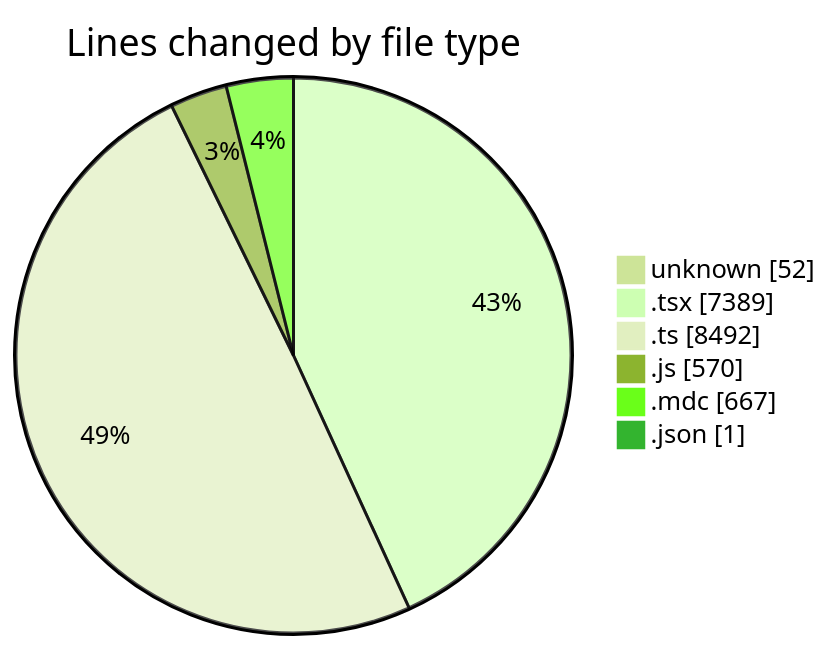
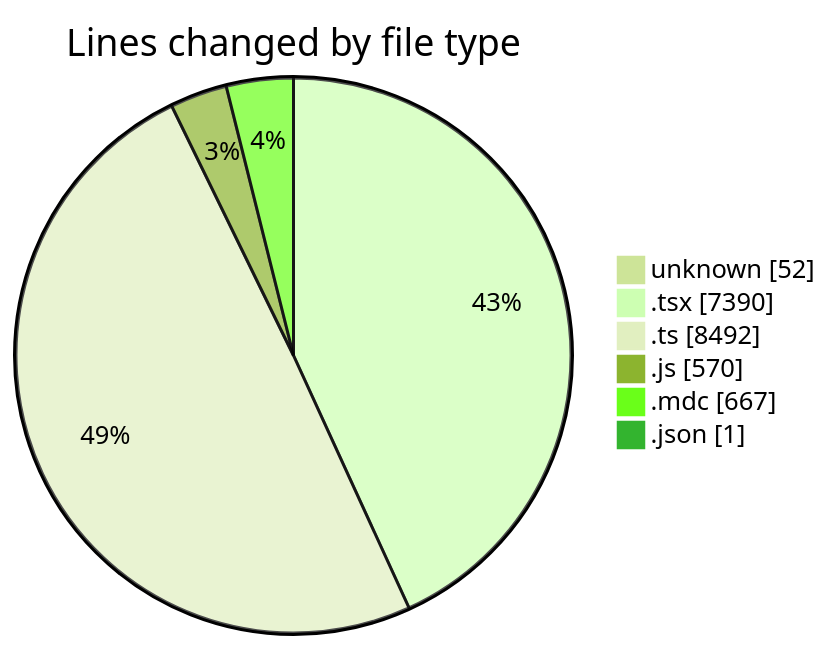
Before and after one commit to CELIANVF/code-tracking: the first of 2 diagrams in 2025-06-02/ecodeli-1/README.md, drawn with Mermaid (forest theme). The commit also changed other lines of this file and 1 other file, not shown here.

````diff
--- a/2025-06-02/ecodeli-1/README.md
+++ b/2025-06-02/ecodeli-1/README.md
@@ -78,10 +78,10 @@
 ```mermaid
 pie showData
 title Lines changed by file type
 "unknown" : 52
-".tsx" : 7389
+".tsx" : 7390
 ".ts" : 8492
 ".js" : 570
 ".mdc" : 667
 ".json" : 1
 ```
````
